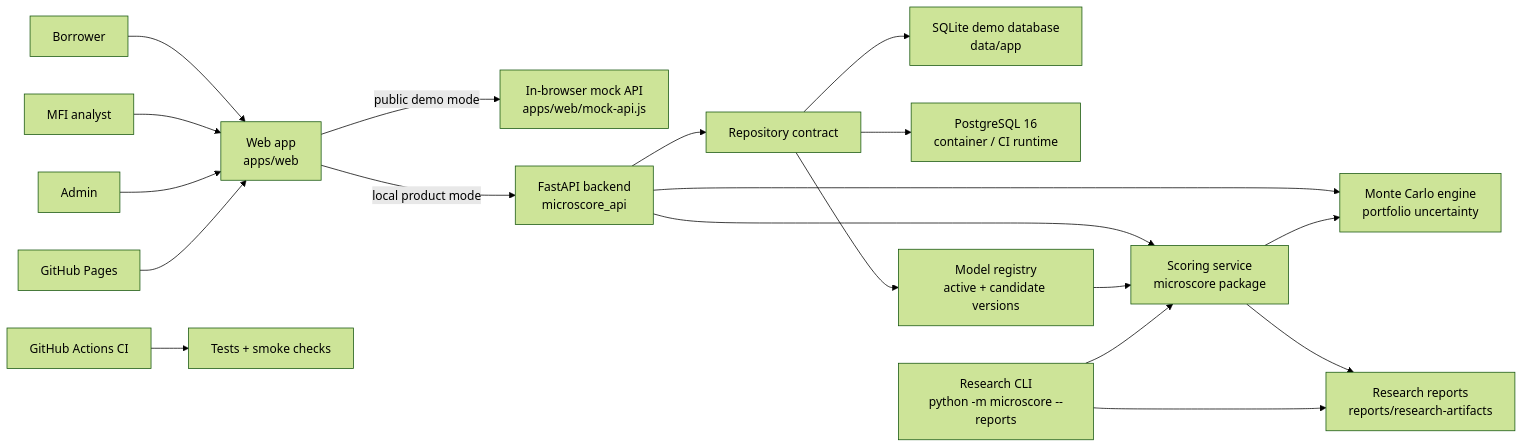
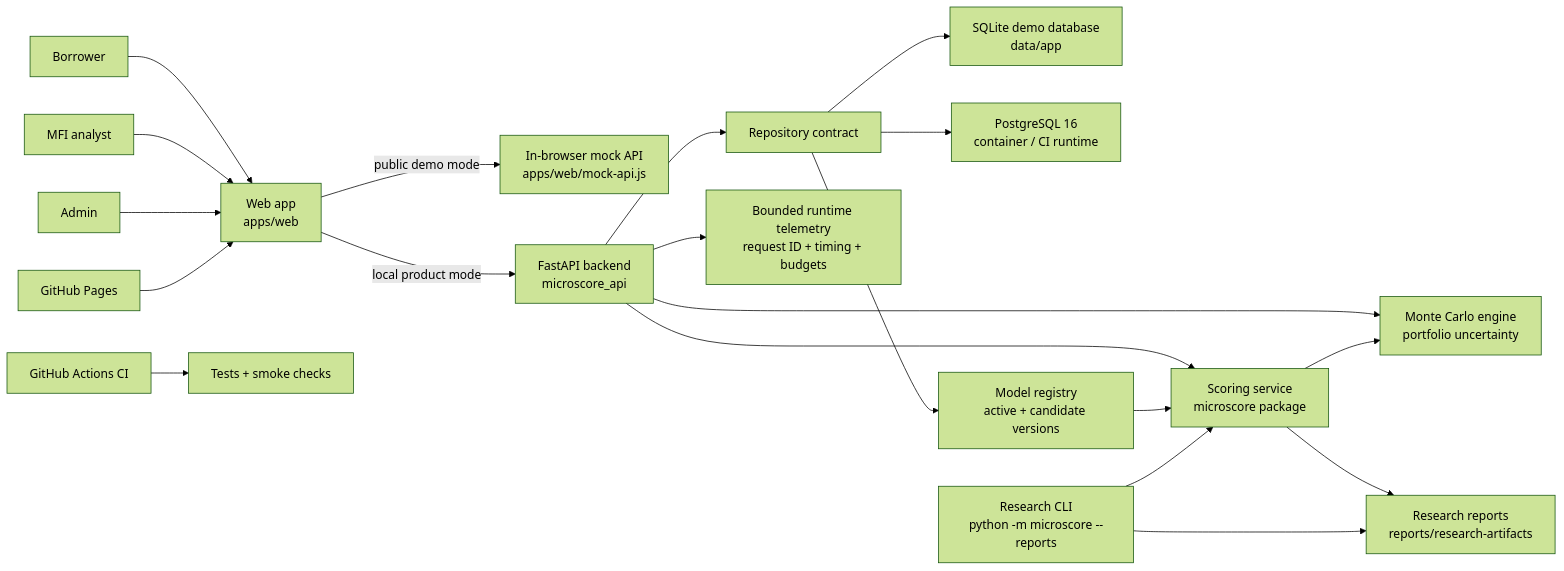
The diagram in docs/ARCHITECTURE.md (alex-tereshkovv/micro-score), drawn with Mermaid (forest theme) before and after one commit. The commit also changed other lines of this file and 23 other files, not shown here.

````diff
--- a/docs/ARCHITECTURE.md
+++ b/docs/ARCHITECTURE.md
@@ -9,25 +9,26 @@
 ```mermaid
 flowchart LR
     Borrower["Borrower"] --> Web["Web app\napps/web"]
     Analyst["MFI analyst"] --> Web
     Admin["Admin"] --> Web
 
     Web -->|"public demo mode"| MockApi["In-browser mock API\napps/web/mock-api.js"]
     Web -->|"local product mode"| FastAPI["FastAPI backend\nmicroscore_api"]
 
     FastAPI --> Repository["Repository contract"]
     Repository --> SQLite["SQLite demo database\ndata/app"]
     Repository --> PostgreSQL["PostgreSQL 16\ncontainer / CI runtime"]
     Repository --> Registry["Model registry\nactive + candidate versions"]
     FastAPI --> Scoring["Scoring service\nmicroscore package"]
     Registry --> Scoring
     FastAPI --> Simulation["Monte Carlo engine\nportfolio uncertainty"]
+    FastAPI --> Telemetry["Bounded runtime telemetry\nrequest ID + timing + budgets"]
     Scoring --> Simulation
     Scoring --> Reports["Research reports\nreports/research-artifacts"]
 
     Research["Research CLI\npython -m microscore --reports"] --> Scoring
     Research --> Reports
 
     CI["GitHub Actions CI"] --> Tests["Tests + smoke checks"]
     Pages["GitHub Pages"] --> Web
 ```
````
